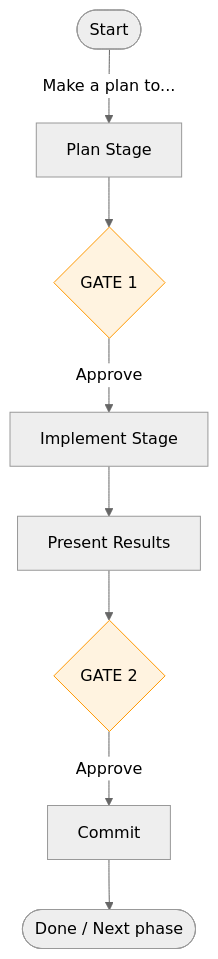
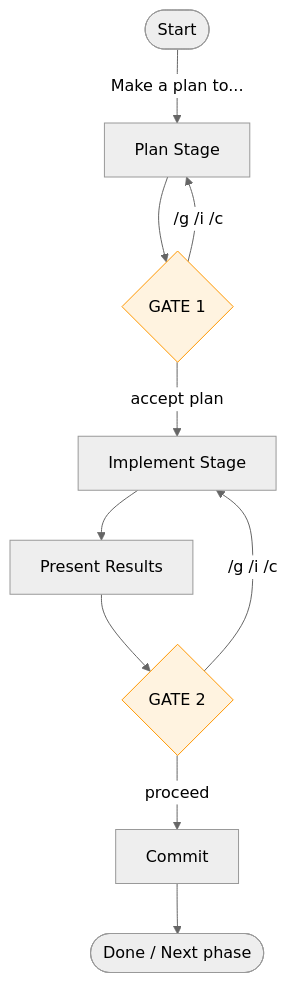
The second of 2 diagrams in FEATURES.md (binaryphile/tandem-protocol), drawn with Mermaid (neutral theme) before and after one commit. The commit also changed other lines of this file and 9 other files, not shown here.

````diff
--- a/FEATURES.md
+++ b/FEATURES.md
@@ -62,13 +73,15 @@
 ```mermaid
 flowchart TD
     START(["Start"]) -->|"Make a plan to..."| PLAN["Plan Stage"]
     PLAN --> G1{"GATE 1"}
-    G1 -->|"Approve"| IMPL["Implement Stage"]
+    G1 -->|"/g /i /c"| PLAN
+    G1 -->|"accept plan"| IMPL["Implement Stage"]
     IMPL --> PRESENT["Present Results"]
     PRESENT --> G2{"GATE 2"}
-    G2 -->|"Approve"| COMMIT["Commit"]
+    G2 -->|"/g /i /c"| IMPL
+    G2 -->|"proceed"| COMMIT["Commit"]
     COMMIT --> DONE(["Done / Next phase"])
 
     style G1 fill:#fff3e0,stroke:#ff9800
     style G2 fill:#fff3e0,stroke:#ff9800
 ```
````
